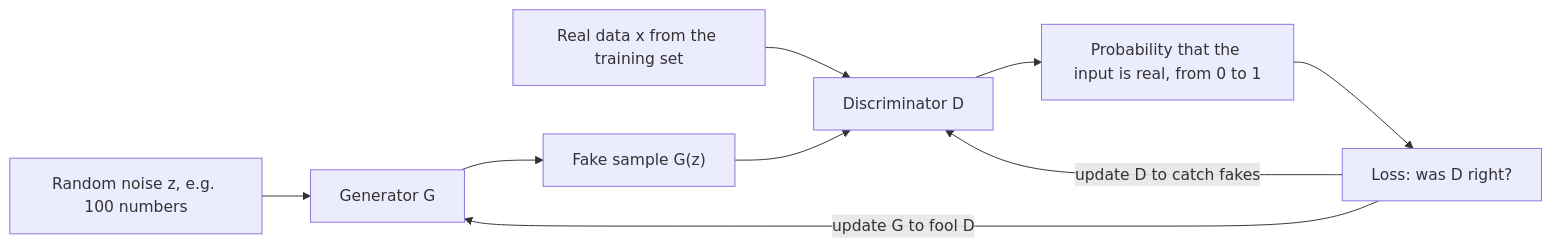
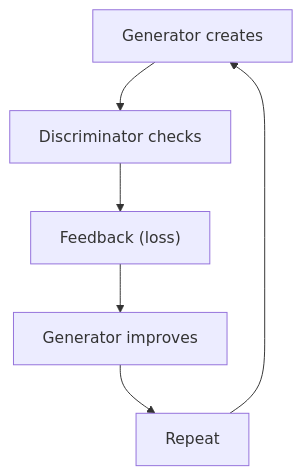
Before and after one commit to TrendySloth1001/sem-seven-notes: the first of 4 diagrams in content/deep-learning/notes/gan.mdx, drawn with Mermaid. The commit also changed other lines of this file and 168 other files, not shown here.

Commit message:
Rewrite the Module 1, activation, loss and GAN notes and their 25 answers from the teachers' class files. They keep the teacher's definitions, use 80 of their figures with class-notes citations only, and fix the slide errors in the XOR, NAND, loss and KL formulas.

````diff
--- a/content/deep-learning/notes/gan.mdx
+++ b/content/deep-learning/notes/gan.mdx
@@ -114,12 +56,9 @@
 ```mermaid
-%% caption: GAN architecture. The generator turns noise into a fake sample. The discriminator sees real and fake samples and outputs the probability of "real". Its mistakes become the learning signal for both networks.
-flowchart LR
-  Z["Random noise z, e.g. 100 numbers"] --> G["Generator G"]
-  G --> F["Fake sample G(z)"]
-  R["Real data x from the training set"] --> D["Discriminator D"]
-  F --> D
-  D --> P["Probability that the input is real, from 0 to 1"]
-  P --> L["Loss: was D right?"]
-  L -- "update D to catch fakes" --> D
-  L -- "update G to fool D" --> G
+%% caption: The idea of a GAN in five lines. The loop repeats many times.
+flowchart TD
+  A["Generator creates"] --> B["Discriminator checks"]
+  B --> C["Feedback (loss)"]
+  C --> D["Generator improves"]
+  D --> E["Repeat"]
+  E --> A
 ```
````
